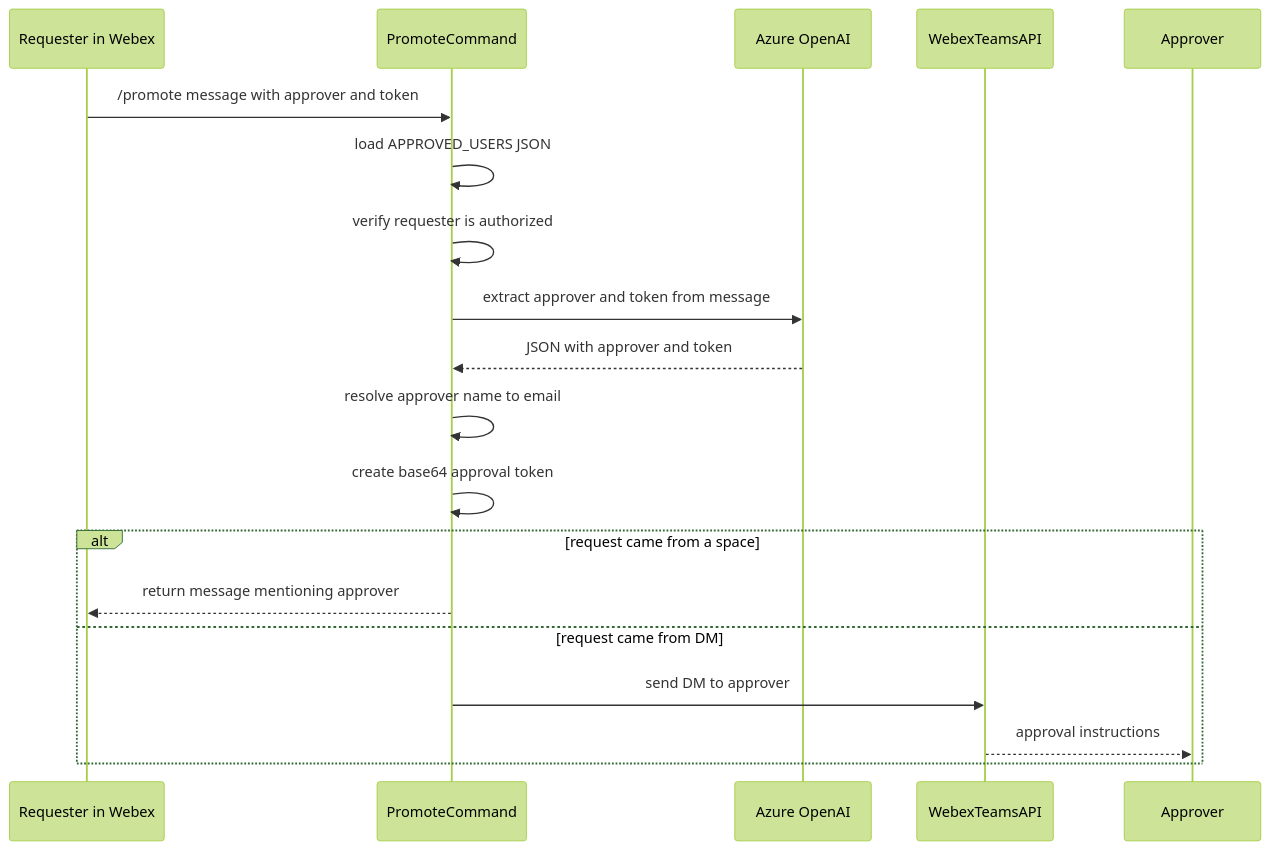
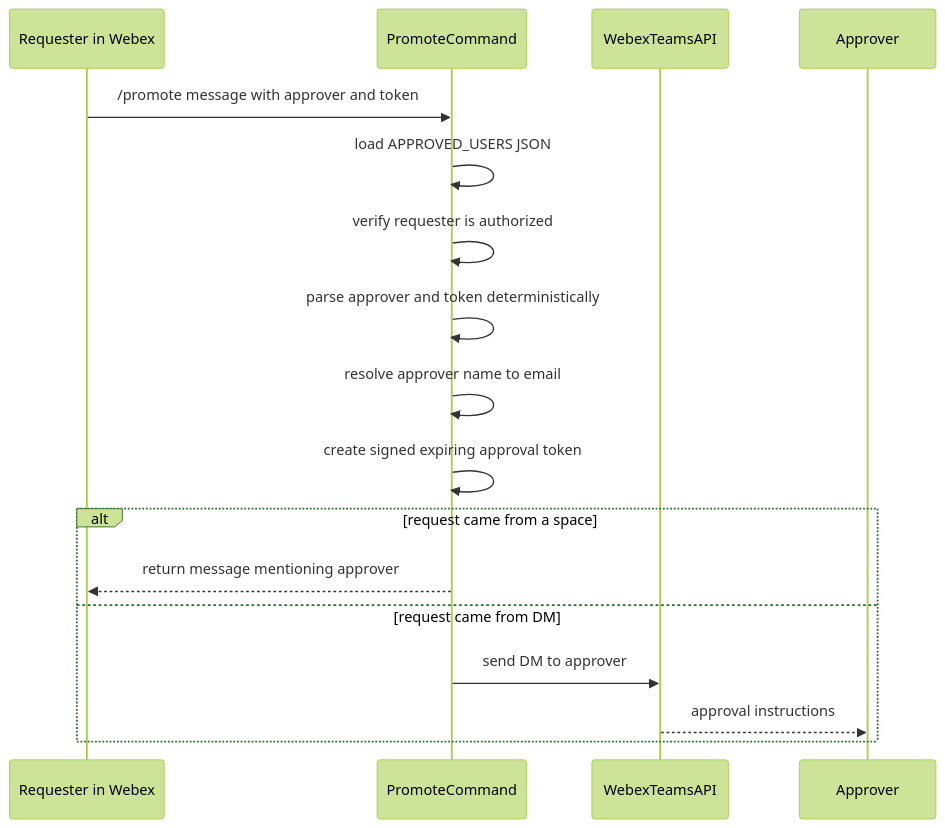
The fifth of 6 diagrams in docs/PROJECT_FLOW.md (atjoshi-lgtm/lerai), drawn with Mermaid (forest theme) before and after one commit. The commit also changed other lines of this file and 7 other files, not shown here.

Commit message:
Enhance promotion approval flow with HMAC-signed tokens and deterministic parsing; remove mutable global state in DP workflows

````diff
--- a/docs/PROJECT_FLOW.md
+++ b/docs/PROJECT_FLOW.md
@@ -393,22 +393,20 @@
 ```mermaid
 sequenceDiagram
     participant Requester as Requester in Webex
     participant Bot as PromoteCommand
-    participant LLM as Azure OpenAI
     participant Webex as WebexTeamsAPI
     participant Approver as Approver
 
     Requester->>Bot: /promote message with approver and token
     Bot->>Bot: load APPROVED_USERS JSON
     Bot->>Bot: verify requester is authorized
-    Bot->>LLM: extract approver and token from message
-    LLM-->>Bot: JSON with approver and token
+    Bot->>Bot: parse approver and token deterministically
     Bot->>Bot: resolve approver name to email
-    Bot->>Bot: create base64 approval token
+    Bot->>Bot: create signed expiring approval token
     alt request came from a space
         Bot-->>Requester: return message mentioning approver
     else request came from DM
         Bot->>Webex: send DM to approver
         Webex-->>Approver: approval instructions
     end
 ```
````
